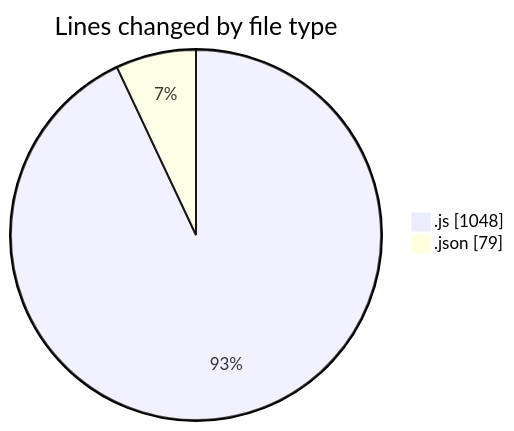
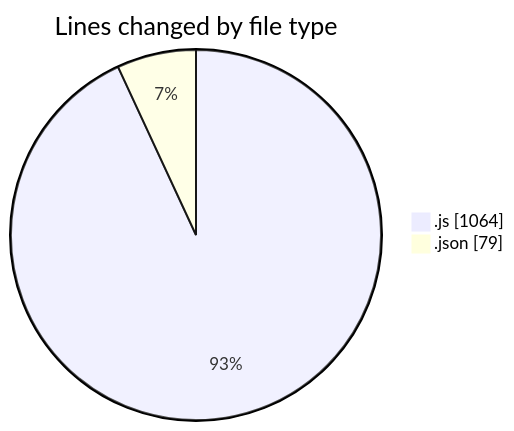
Before and after one commit to momahboobian/code-tracking: the first of 2 diagrams in 2025-01-31/cda/README.md, drawn with Mermaid. The commit also changed other lines of this file and 1 other file, not shown here.

````diff
--- a/2025-01-31/cda/README.md
+++ b/2025-01-31/cda/README.md
@@ -26,6 +26,6 @@
 ```mermaid
 pie showData
 title Lines changed by file type
-".js" : 1048
+".js" : 1064
 ".json" : 79
 ```
````
